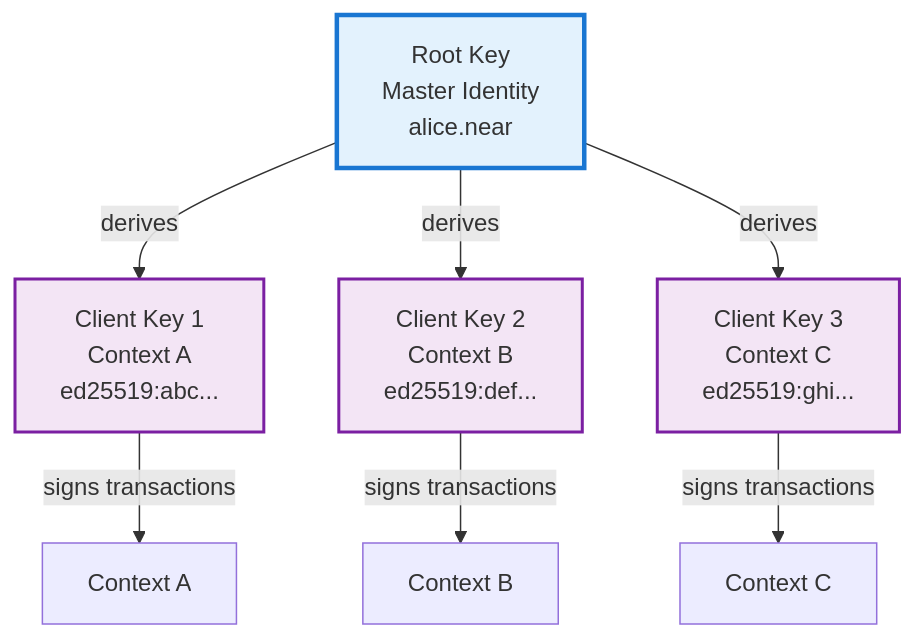
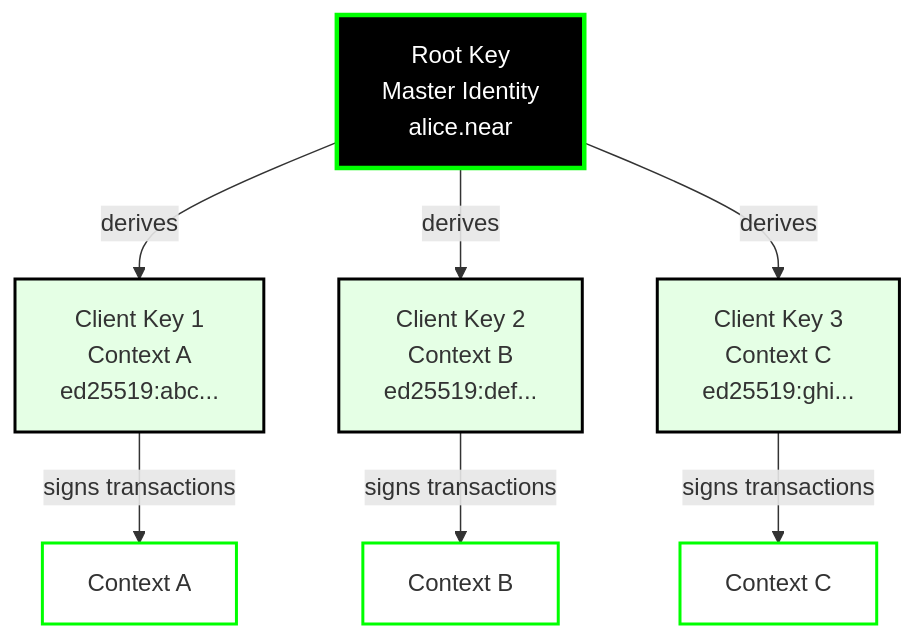
Before and after one commit to calimero-network/docs: the diagram in docs/core-concepts/identity.md, drawn with Mermaid. The commit also changed 6 other files, not shown here.

First line of the commit message:
fix: Update all Mermaid diagrams to use black/green color scheme

````diff
--- a/docs/core-concepts/identity.md
+++ b/docs/core-concepts/identity.md
@@ -9,20 +9,23 @@
 ```mermaid
 graph TD
     ROOT[Root Key<br/>Master Identity<br/>alice.near]
     CLIENT1[Client Key 1<br/>Context A<br/>ed25519:abc...]
     CLIENT2[Client Key 2<br/>Context B<br/>ed25519:def...]
     CLIENT3[Client Key 3<br/>Context C<br/>ed25519:ghi...]
     
     ROOT -->|derives| CLIENT1
     ROOT -->|derives| CLIENT2
     ROOT -->|derives| CLIENT3
     
     CLIENT1 -->|signs transactions| CTX1[Context A]
     CLIENT2 -->|signs transactions| CTX2[Context B]
     CLIENT3 -->|signs transactions| CTX3[Context C]
     
-    style ROOT fill:#e3f2fd,stroke:#1976d2,stroke-width:3px
-    style CLIENT1 fill:#f3e5f5,stroke:#7b1fa2,stroke-width:2px
-    style CLIENT2 fill:#f3e5f5,stroke:#7b1fa2,stroke-width:2px
-    style CLIENT3 fill:#f3e5f5,stroke:#7b1fa2,stroke-width:2px
+    style ROOT fill:#000000,stroke:#00ff00,stroke-width:3px,color:#ffffff
+    style CLIENT1 fill:#e5ffe5,stroke:#000000,stroke-width:2px
+    style CLIENT2 fill:#e5ffe5,stroke:#000000,stroke-width:2px
+    style CLIENT3 fill:#e5ffe5,stroke:#000000,stroke-width:2px
+    style CTX1 fill:#ffffff,stroke:#00ff00,stroke-width:2px
+    style CTX2 fill:#ffffff,stroke:#00ff00,stroke-width:2px
+    style CTX3 fill:#ffffff,stroke:#00ff00,stroke-width:2px
 ```
````
